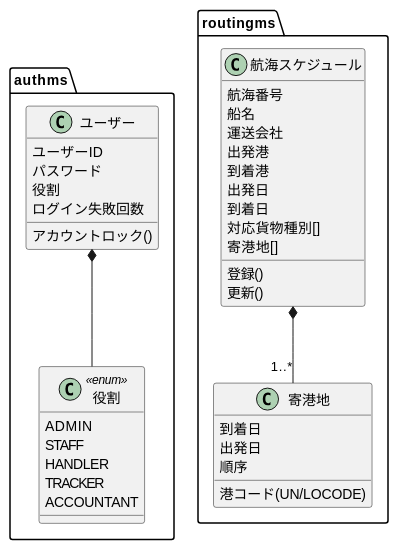
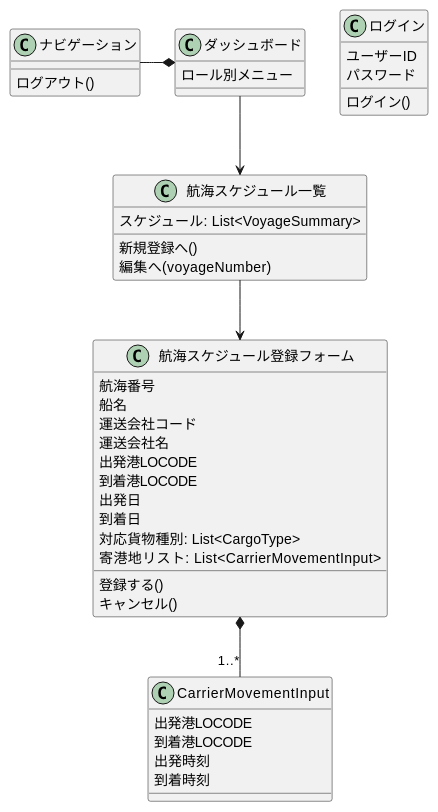
The sixth of 7 diagrams in docs/development/iteration_plan-1.md (k2works/case-study-cargo-tracker), drawn with PlantUML before and after one commit. The commit also changed other lines of this file, not shown here.

````diff
--- a/docs/development/iteration_plan-1.md
+++ b/docs/development/iteration_plan-1.md
@@ -207,44 +434,50 @@
 ```plantuml
 @startuml
-package authms {
-  class ユーザー {
-    ユーザーID
-    パスワード
-    役割
-    ログイン失敗回数
-    アカウントロック()
-  }
-  class 役割 <<enum>> {
-    ADMIN
-    STAFF
-    HANDLER
-    TRACKER
-    ACCOUNTANT
-  }
-  ユーザー *-- 役割
+class ログイン {
+  ユーザーID
+  パスワード
+  ログイン()
 }
 
-package routingms {
-  class 航海スケジュール {
-    航海番号
-    船名
-    運送会社
-    出発港
-    到着港
-    出発日
-    到着日
-    対応貨物種別[]
-    寄港地[]
-    登録()
-    更新()
-  }
-  class 寄港地 {
-    港コード(UN/LOCODE)
-    到着日
-    出発日
-    順序
-  }
-  航海スケジュール *-- "1..*" 寄港地
+class ダッシュボード {
+  ロール別メニュー
 }
+
+class ナビゲーション {
+  ログアウト()
+}
+
+class 航海スケジュール一覧 {
+  スケジュール: List<VoyageSummary>
+  新規登録へ()
+  編集へ(voyageNumber)
+}
+
+class 航海スケジュール登録フォーム {
+  航海番号
+  船名
+  運送会社コード
+  運送会社名
+  出発港LOCODE
+  到着港LOCODE
+  出発日
+  到着日
+  対応貨物種別: List<CargoType>
+  寄港地リスト: List<CarrierMovementInput>
+  登録する()
+  キャンセル()
+}
+
+class CarrierMovementInput {
+  出発港LOCODE
+  到着港LOCODE
+  出発時刻
+  到着時刻
+}
+
+ナビゲーション -* ダッシュボード
+ダッシュボード --> 航海スケジュール一覧
+航海スケジュール一覧 --> 航海スケジュール登録フォーム
+航海スケジュール登録フォーム *-- "1..*" CarrierMovementInput
 @enduml
 ```
````
